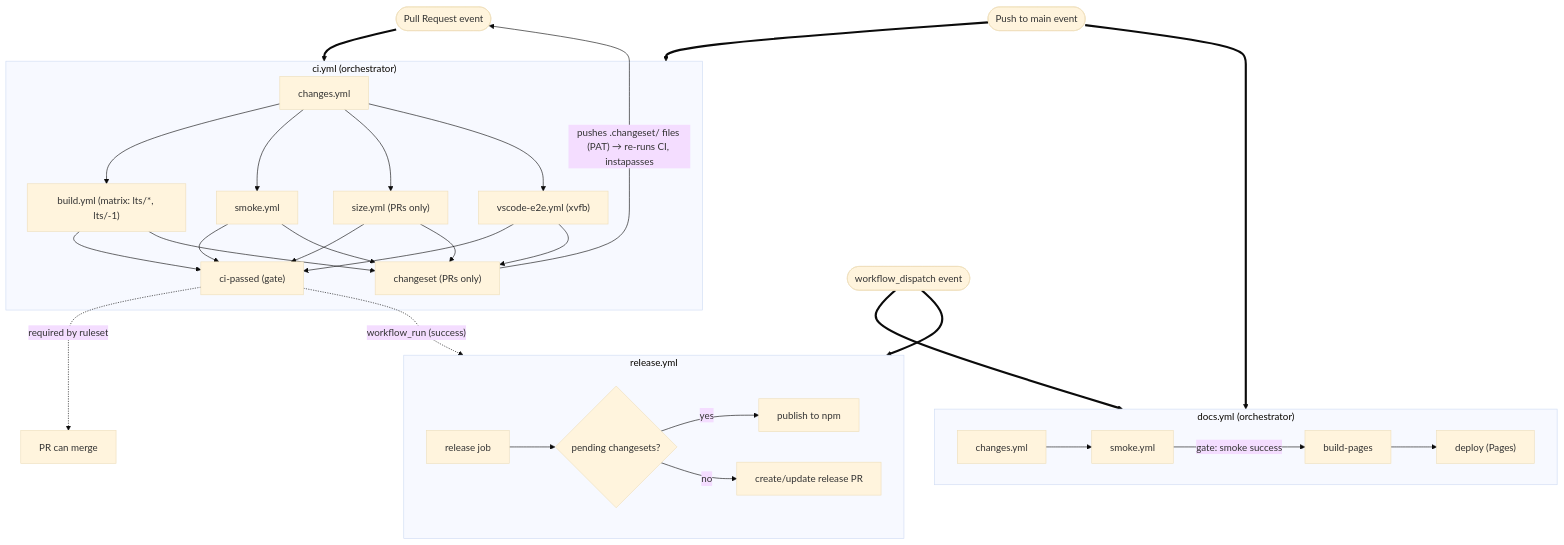
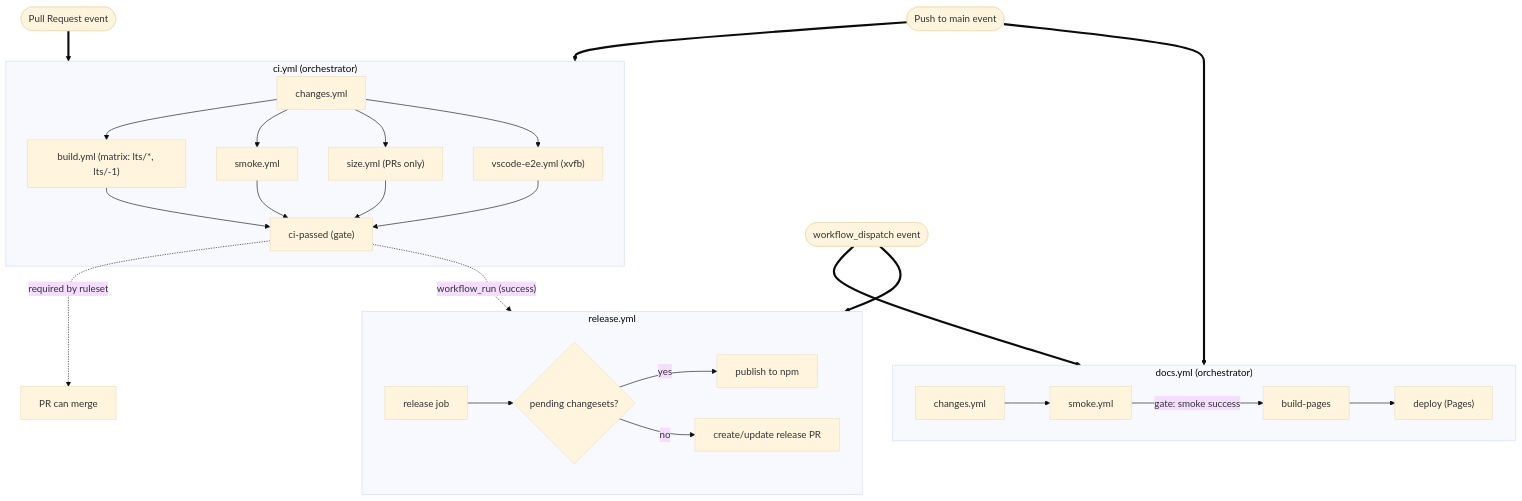
One commit to thejustinwalsh/three-flatland changed the first of 2 diagrams in .github/workflows/README.md. Above: the diagram before and after it, drawn with Mermaid (base theme). The commit also changed other lines of this file and 2 other files, not shown here.

````diff
--- a/.github/workflows/README.md
+++ b/.github/workflows/README.md
@@ -5,46 +5,41 @@
 ```mermaid
 graph TD
     PR(["Pull Request event"])
     Push(["Push to main event"])
     Manual(["workflow_dispatch event"])
 
     subgraph CIOrch ["ci.yml (orchestrator)"]
         CIChanges["changes.yml"]
         CIChanges --> CIBuild["build.yml (matrix: lts/*, lts/-1)"]
         CIChanges --> CISmoke["smoke.yml"]
         CIChanges --> CISize["size.yml (PRs only)"]
         CIChanges --> CIVscodeE2E["vscode-e2e.yml (xvfb)"]
         CIBuild --> Gate["ci-passed (gate)"]
         CISmoke --> Gate
         CISize --> Gate
         CIVscodeE2E --> Gate
-        CIBuild --> ChangesetJob["changeset (PRs only)"]
-        CISmoke --> ChangesetJob
-        CISize --> ChangesetJob
-        CIVscodeE2E --> ChangesetJob
     end
-    ChangesetJob -->|"pushes .changeset/ files (PAT) → re-runs CI, instapasses"| PR
 
     subgraph DocsOrch ["docs.yml (orchestrator)"]
         DocsChanges["changes.yml"]
         DocsChanges --> DocsSmoke["smoke.yml"]
         DocsSmoke -->|"gate: smoke success"| BuildPages["build-pages"]
         BuildPages --> DocsDeploy["deploy (Pages)"]
     end
 
     subgraph ReleaseFlow ["release.yml"]
         Release["release job"]
         Release --> Changesets{"pending changesets?"}
         Changesets -->|yes| Publish["publish to npm"]
         Changesets -->|no| ReleasePR["create/update release PR"]
     end
 
     PR ==> CIOrch
     Push ==> CIOrch
     Push ==> DocsOrch
     Manual ==> DocsOrch
     Manual ==> ReleaseFlow
 
     Gate -.->|"workflow_run (success)"| ReleaseFlow
     Gate -.->|"required by ruleset"| Merge["PR can merge"]
 ```
````
